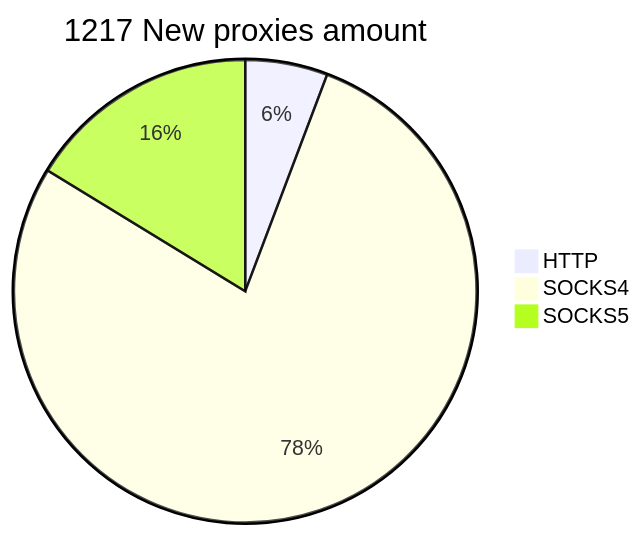
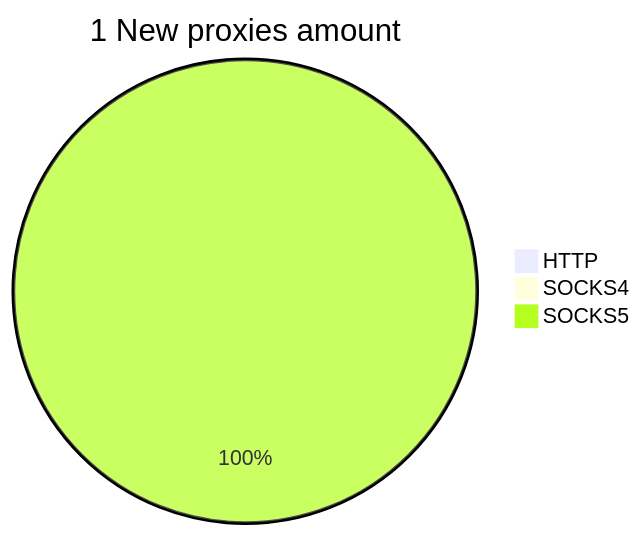
Before and after one commit to cutipu/proxylist: the second of 2 diagrams in README.md, drawn with Mermaid. The commit also changed other lines of this file, not shown here.

````diff
--- a/README.md
+++ b/README.md
@@ -10,6 +10,6 @@
 ```mermaid
-pie title 1217 New proxies amount
-    "HTTP" : 70
-    "SOCKS4" : 949
-    "SOCKS5" : 198
+pie title 1 New proxies amount
+    "HTTP" : 0
+    "SOCKS4" : 0
+    "SOCKS5" : 1
 ```
````
